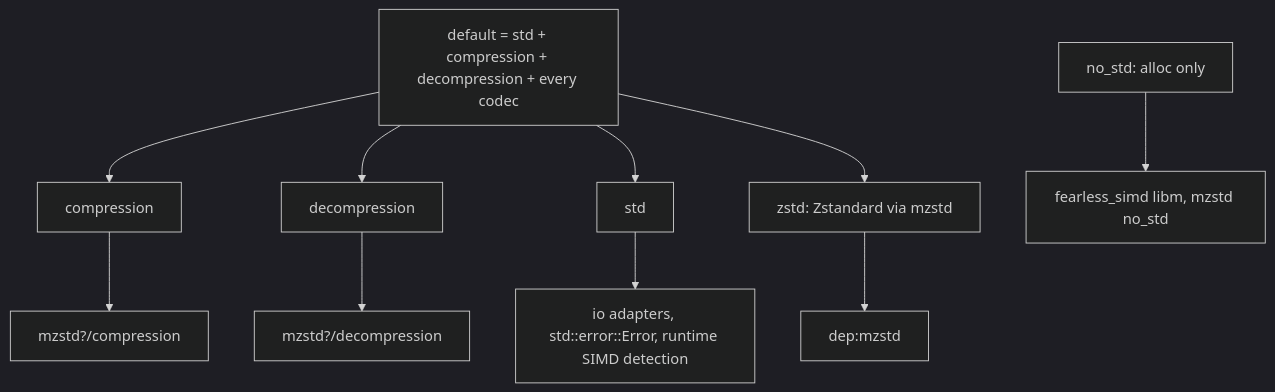
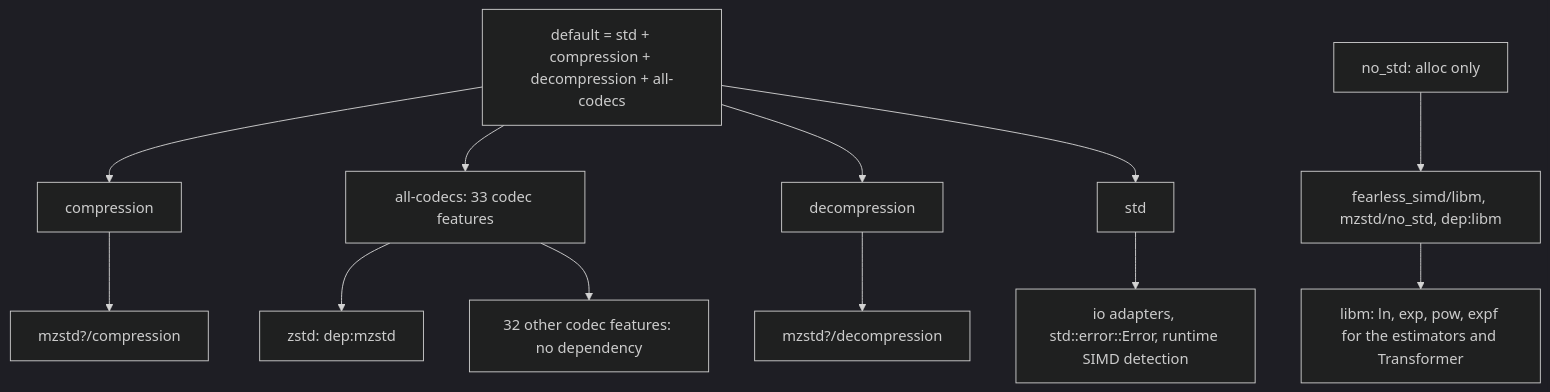
The first of 2 diagrams in architecture/codec-features.md (M-Compressors/mopenzl), drawn with Mermaid (dark theme) before and after one commit. The commit also changed other lines of this file and 784 other files, not shown here.

Commit message:
Support graph with all codecs

````diff
--- a/architecture/codec-features.md
+++ b/architecture/codec-features.md
@@ -3,12 +3,14 @@
 ```mermaid
 flowchart TD
-    D[default = std + compression + decompression + every codec] --> C[compression]
+    D["default = std + compression + decompression + all-codecs"] --> C[compression]
+    D --> A["all-codecs: 33 codec features"]
     D --> R[decompression]
     D --> S[std]
-    D --> Z[zstd: Zstandard via mzstd]
-    N[no_std: alloc only] --> X[fearless_simd libm, mzstd no_std]
-    C --> M1[mzstd?/compression]
-    R --> M2[mzstd?/decompression]
-    Z --> MZ[dep:mzstd]
+    A --> Z["zstd: dep:mzstd"]
+    A --> K["32 other codec features: no dependency"]
+    N["no_std: alloc only"] --> X["fearless_simd/libm, mzstd/no_std, dep:libm"]
+    C --> M1["mzstd?/compression"]
+    R --> M2["mzstd?/decompression"]
     S --> IO[io adapters, std::error::Error, runtime SIMD detection]
+    X --> LM["libm: ln, exp, pow, expf for the estimators and Transformer"]
 ```
````
